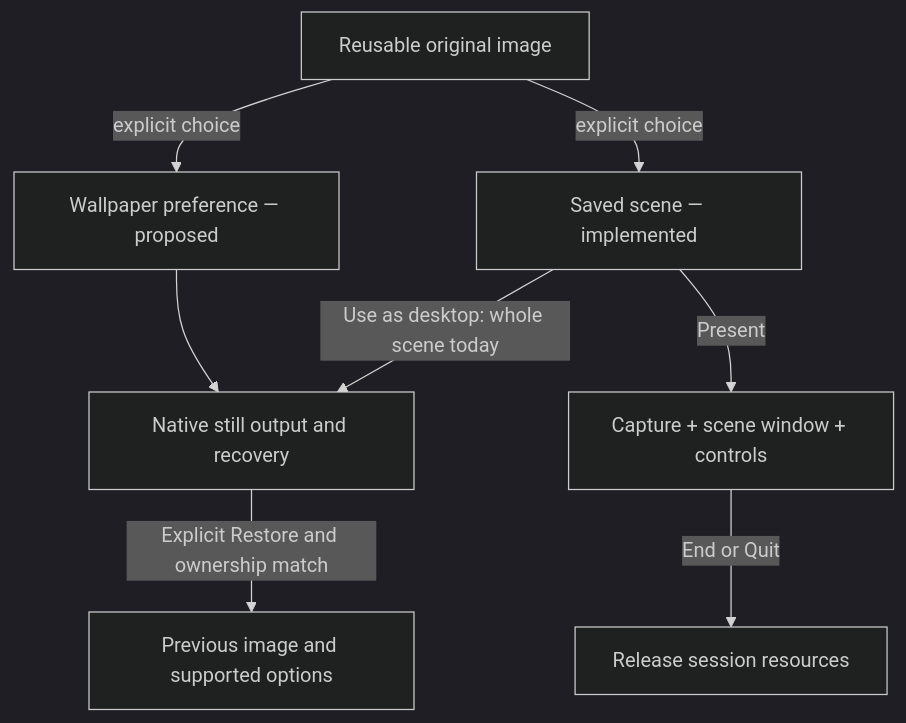
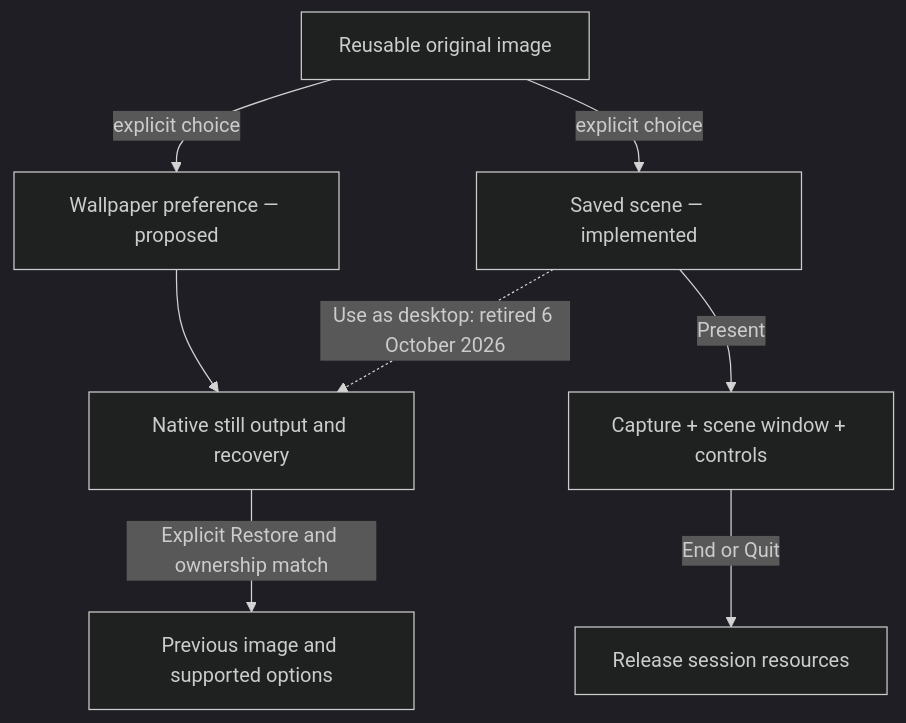
One commit to EthDawg/workbench changed the second of 2 diagrams in docs/workbench.md. Above: the diagram before and after it, drawn with Mermaid (dark theme). The commit also changed other lines of this file and 18 other files, not shown here.

````diff
--- a/docs/workbench.md
+++ b/docs/workbench.md
@@ -238,11 +238,11 @@
 ```mermaid
 flowchart TD
     Original[Reusable original image]
     Original -->|explicit choice| Wallpaper[Wallpaper preference — proposed]
     Original -->|explicit choice| Scene[Saved scene — implemented]
     Wallpaper --> Still[Native still output and recovery]
     Scene -->|Present| Session[Capture + scene window + controls]
-    Scene -->|Use as desktop: whole scene today| Still
+    Scene -.->|Use as desktop: retired 6 October 2026| Still
     Session -->|End or Quit| Stop[Release session resources]
     Still -->|Explicit Restore and ownership match| Restore[Previous image and supported options]
 ```
````
